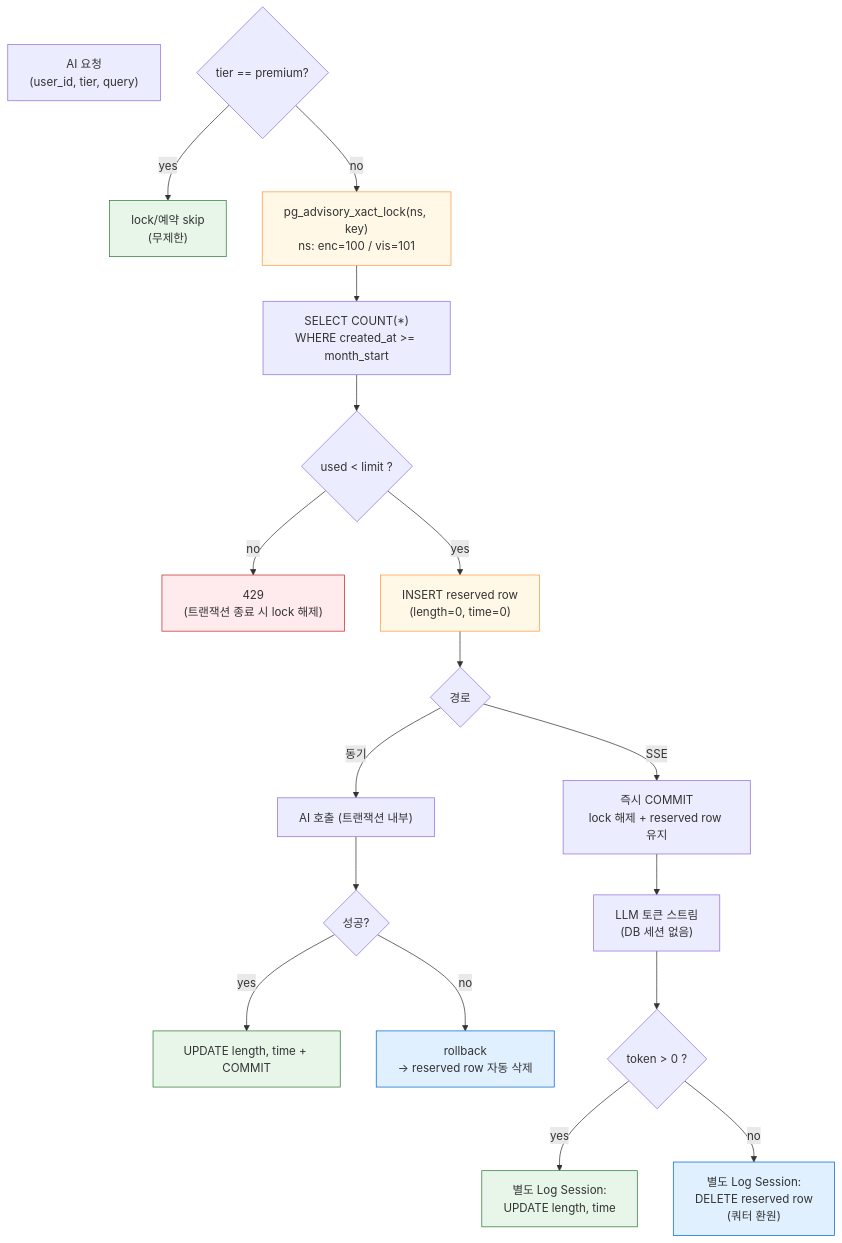
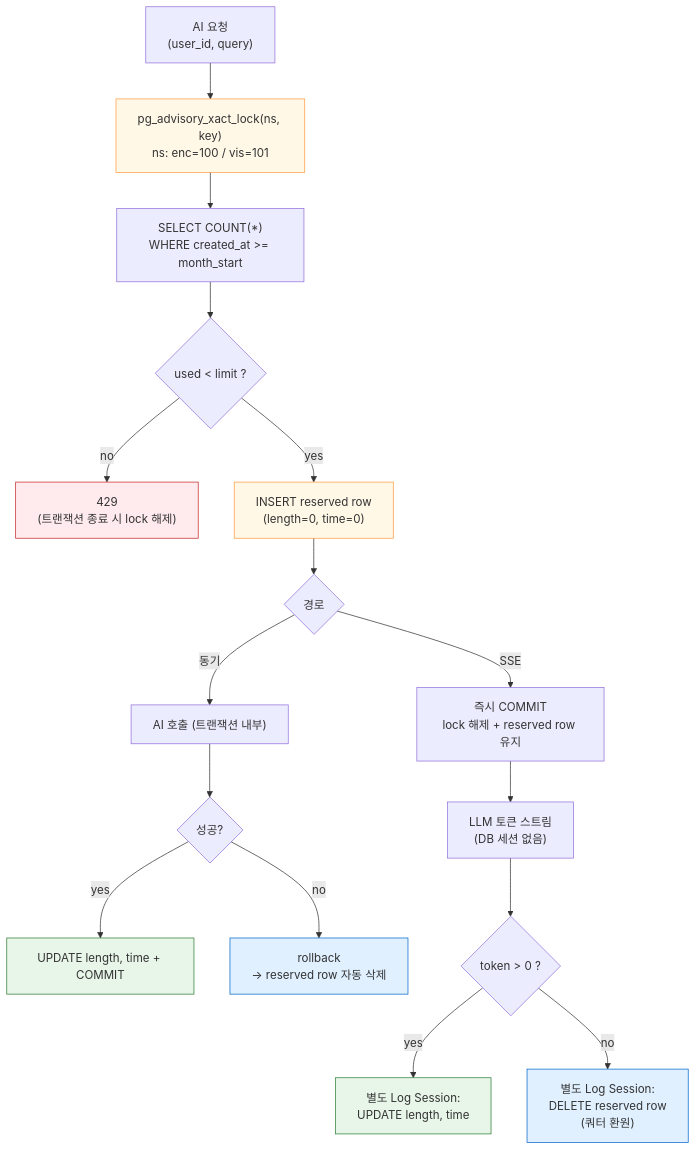
One commit to Happ11quokka/perch_care changed the first of 2 diagrams in docs/architecture/quota-system.md. Above: the diagram before and after it, drawn with Mermaid. The commit also changed other lines of this file, not shown here.

First line of the commit message:
|REMOVE| quota-system.md 프리미엄 tier 제거 반영 — 전원 동일 free 한도

````diff
--- a/docs/architecture/quota-system.md
+++ b/docs/architecture/quota-system.md
@@ -27,35 +27,33 @@
 ```mermaid
 flowchart TB
-    Req["AI 요청<br/>(user_id, tier, query)"]
+    Req["AI 요청<br/>(user_id, query)"]
 
-    T{"tier == premium?"}
-    T -- "yes" --> Pass["lock/예약 skip<br/>(무제한)"]
-    T -- "no" --> Lock["pg_advisory_xact_lock(ns, key)<br/>ns: enc=100 / vis=101"]
+    Req --> Lock["pg_advisory_xact_lock(ns, key)<br/>ns: enc=100 / vis=101"]
 
     Lock --> Count["SELECT COUNT(*)<br/>WHERE created_at &gt;= month_start"]
     Count --> Limit{"used &lt; limit ?"}
     Limit -- "no" --> Reject["429<br/>(트랜잭션 종료 시 lock 해제)"]
     Limit -- "yes" --> Reserve["INSERT reserved row<br/>(length=0, time=0)"]
 
     Reserve --> Path{"경로"}
     Path -- "동기" --> Sync["AI 호출 (트랜잭션 내부)"]
     Path -- "SSE" --> SseCommit["즉시 COMMIT<br/>lock 해제 + reserved row 유지"]
 
     Sync --> SyncR{"성공?"}
     SyncR -- "yes" --> SyncOK["UPDATE length, time + COMMIT"]
     SyncR -- "no" --> SyncFail["rollback<br/>→ reserved row 자동 삭제"]
 
     SseCommit --> Stream["LLM 토큰 스트림<br/>(DB 세션 없음)"]
     Stream --> StreamR{"token &gt; 0 ?"}
     StreamR -- "yes" --> SseOK["별도 Log Session:<br/>UPDATE length, time"]
     StreamR -- "no" --> SseFail["별도 Log Session:<br/>DELETE reserved row<br/>(쿼터 환원)"]
 
     classDef ok fill:#E8F5E9,stroke:#2E7D32
     classDef bad fill:#FFEBEE,stroke:#C62828
     classDef lock fill:#FFF8E7,stroke:#FF9A42
     classDef refund fill:#E0F0FF,stroke:#0066CC
-    class Pass,SyncOK,SseOK ok
+    class SyncOK,SseOK ok
     class Reject bad
     class Lock,Reserve lock
     class SyncFail,SseFail refund
 ```
````
